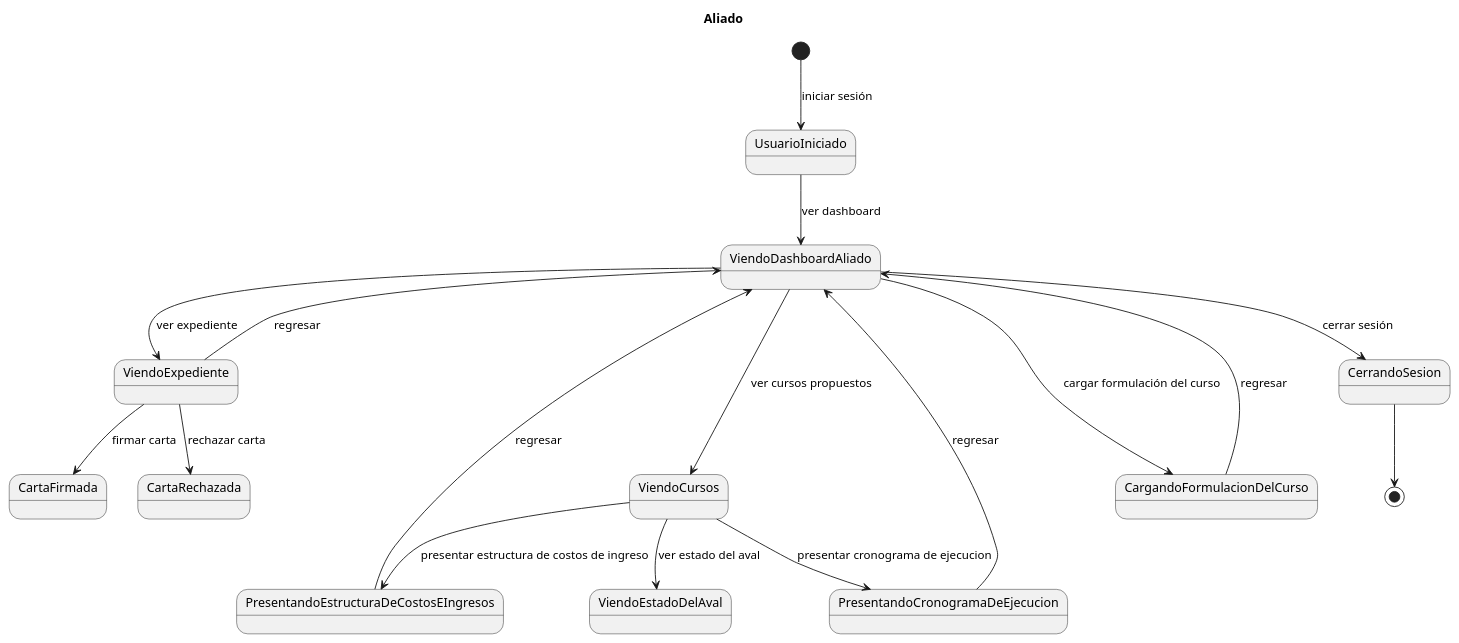
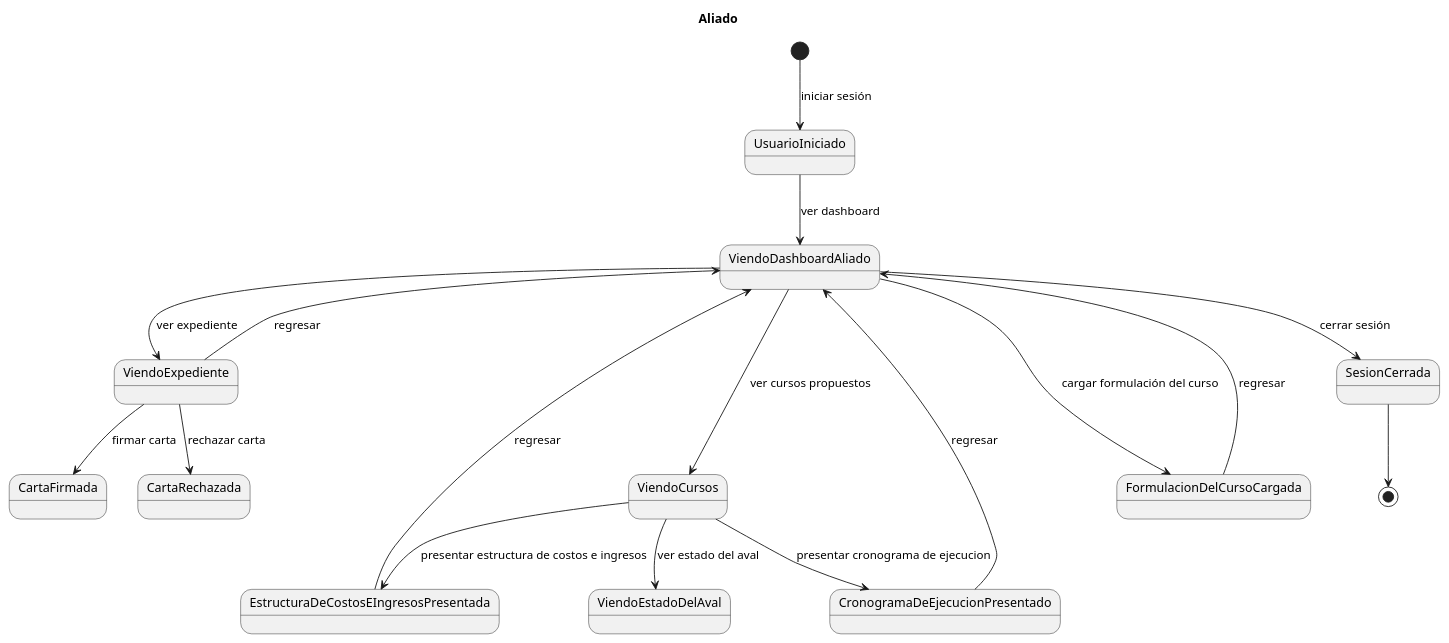
The diagram in docs/scenariosView/DisciplinaDeRequisitosDiagramaDeEstadoRelacionAliado.plantuml (Samantha-Ramirez/ProyectoEquipo7ING), drawn with PlantUML before and after one commit. The commit also changed 8 other files, not shown here.

```diff
--- a/docs/scenariosView/DisciplinaDeRequisitosDiagramaDeEstadoRelacionAliado.plantuml
+++ b/docs/scenariosView/DisciplinaDeRequisitosDiagramaDeEstadoRelacionAliado.plantuml
@@ -1,21 +1,21 @@
 @startuml DisciplinaDeRequisitosDiagramaDeEstadoRelacionAliado
 title Aliado
 
 [*] --> UsuarioIniciado : iniciar sesión
 UsuarioIniciado --> ViendoDashboardAliado: ver dashboard
 ViendoDashboardAliado --> ViendoExpediente : ver expediente
 ViendoExpediente --> CartaFirmada : firmar carta
 ViendoExpediente --> CartaRechazada : rechazar carta
 ViendoExpediente --> ViendoDashboardAliado : regresar
 ViendoDashboardAliado ---> ViendoCursos : ver cursos propuestos
 ViendoCursos --> ViendoEstadoDelAval : ver estado del aval
-ViendoCursos --> PresentandoCronogramaDeEjecucion : presentar cronograma de ejecucion
-PresentandoCronogramaDeEjecucion --> ViendoDashboardAliado : regresar
-ViendoCursos --> PresentandoEstructuraDeCostosEIngresos : presentar estructura de costos de ingreso
-PresentandoEstructuraDeCostosEIngresos --> ViendoDashboardAliado : regresar
-ViendoDashboardAliado ---> CargandoFormulacionDelCurso : cargar formulación del curso
-CargandoFormulacionDelCurso --> ViendoDashboardAliado : regresar
-ViendoDashboardAliado --> CerrandoSesion : cerrar sesión 
-CerrandoSesion --> [*]
+ViendoCursos --> CronogramaDeEjecucionPresentado : presentar cronograma de ejecucion
+CronogramaDeEjecucionPresentado --> ViendoDashboardAliado : regresar
+ViendoCursos --> EstructuraDeCostosEIngresosPresentada : presentar estructura de costos e ingresos
+EstructuraDeCostosEIngresosPresentada --> ViendoDashboardAliado : regresar
+ViendoDashboardAliado ---> FormulacionDelCursoCargada : cargar formulación del curso
+FormulacionDelCursoCargada --> ViendoDashboardAliado : regresar
+ViendoDashboardAliado --> SesionCerrada : cerrar sesión 
+SesionCerrada --> [*]
 
 @enduml
```
